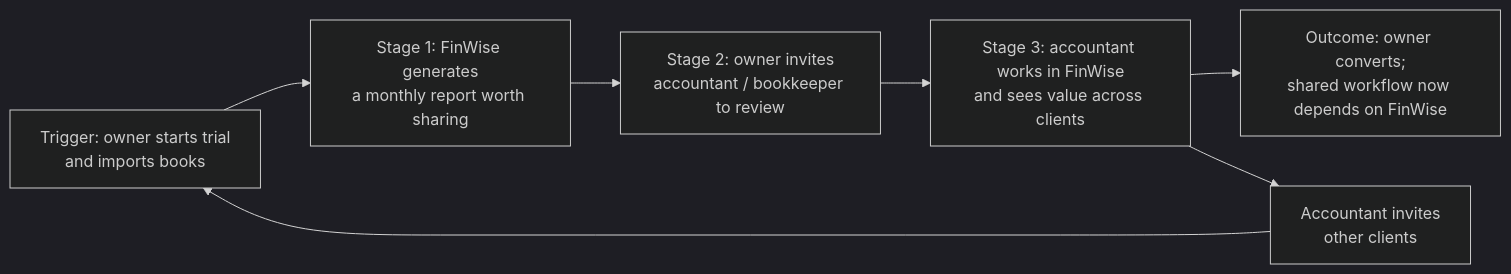
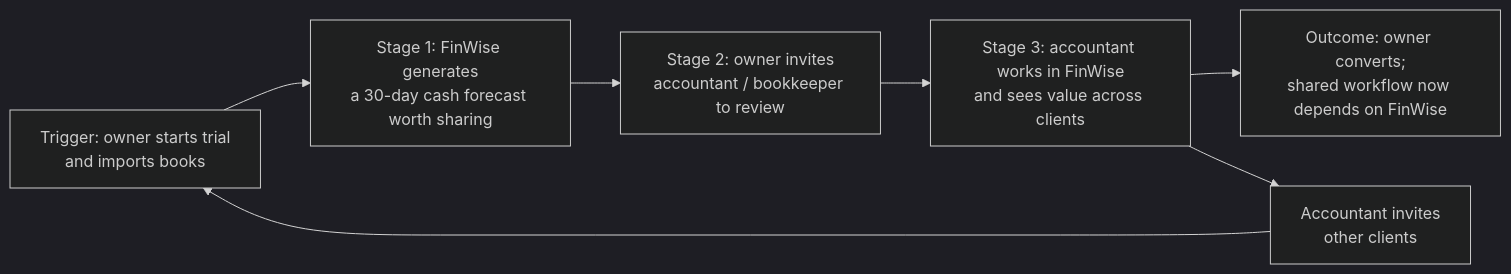
One commit to mdorticos16x9/finwise-strategy changed the diagram in 01-bet/growth-bet.md. Above: the diagram before and after it, drawn with Mermaid (dark theme). The commit also changed other lines of this file, not shown here.

Commit message:
Align M1 loop with M2 Aha: the shared object is the 30-day cash forecast

````diff
--- a/01-bet/growth-bet.md
+++ b/01-bet/growth-bet.md
@@ -68,9 +68,9 @@
 ```mermaid
 flowchart LR
-  T["Trigger: owner starts trial<br/>and imports books"] --> S1["Stage 1: FinWise generates<br/>a monthly report worth sharing"]
+  T["Trigger: owner starts trial<br/>and imports books"] --> S1["Stage 1: FinWise generates<br/>a 30-day cash forecast worth sharing"]
   S1 --> S2["Stage 2: owner invites<br/>accountant / bookkeeper to review"]
   S2 --> S3["Stage 3: accountant works in FinWise<br/>and sees value across clients"]
   S3 --> O["Outcome: owner converts;<br/>shared workflow now depends on FinWise"]
   S3 --> N["Accountant invites<br/>other clients"]
   N --> T
 ```
````
